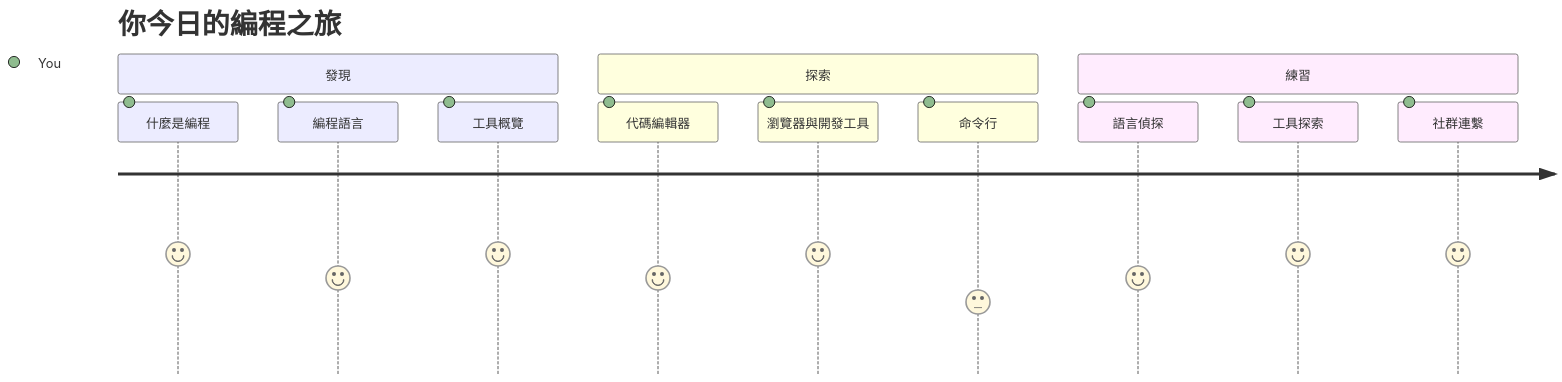
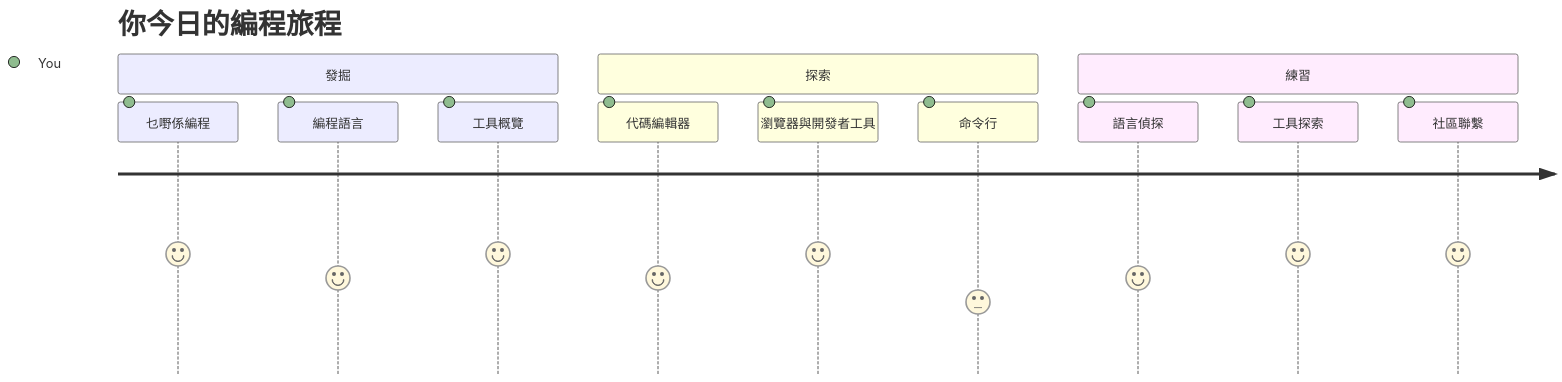
One commit to microsoft/Web-Dev-For-Beginners changed the first of 7 diagrams in translations/zh-HK/1-getting-started-lessons/1-intro-to-programming-languages/README.md. Above: the diagram before and after it, drawn with Mermaid. The commit also changed other lines of this file and 8 other files, not shown here.

````diff
--- a/translations/zh-HK/1-getting-started-lessons/1-intro-to-programming-languages/README.md
+++ b/translations/zh-HK/1-getting-started-lessons/1-intro-to-programming-languages/README.md
@@ -14,16 +14,16 @@
 ```mermaid
 journey
-    title 你今日的編程之旅
-    section 發現
-      什麼是編程: 5: You
+    title 你今日的編程旅程
+    section 發掘
+      乜嘢係編程: 5: You
       編程語言: 4: You
       工具概覽: 5: You
     section 探索
       代碼編輯器: 4: You
-      瀏覽器與開發工具: 5: You
+      瀏覽器與開發者工具: 5: You
       命令行: 3: You
     section 練習
       語言偵探: 4: You
       工具探索: 5: You
-      社群連繫: 5: You
+      社區聯繫: 5: You
 ```
````
